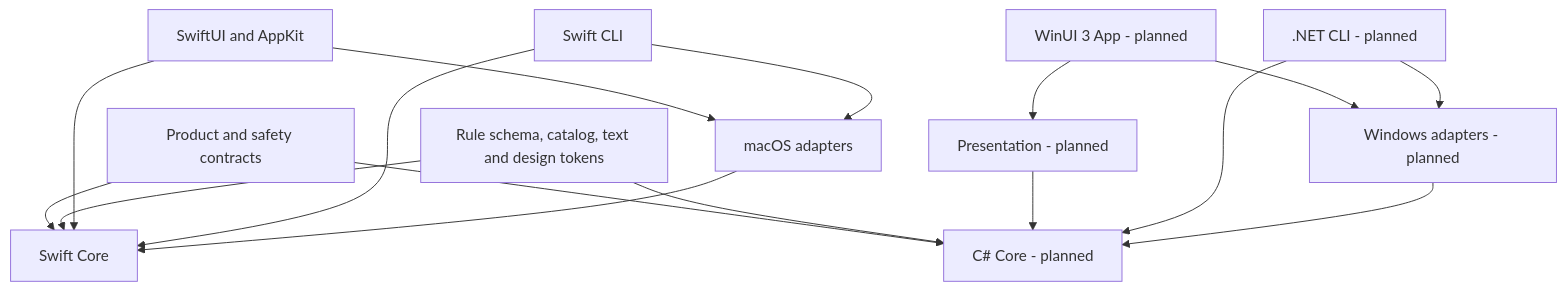
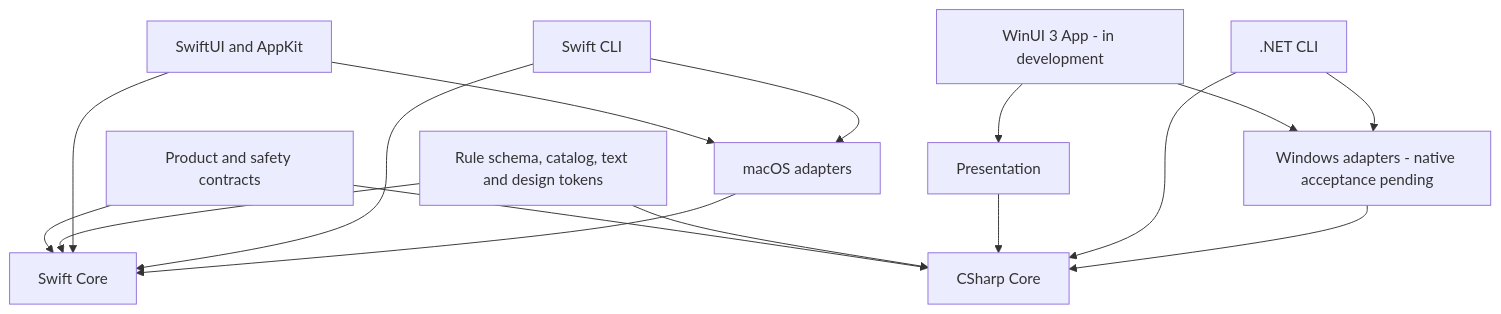
The diagram in docs/architecture/monorepo-and-platforms.md (limecloud/shou), drawn with Mermaid before and after one commit. The commit also changed other lines of this file and 297 other files, not shown here.

Commit message:
Release v0.12.0 native architecture and platform npm distribution

````diff
--- a/docs/architecture/monorepo-and-platforms.md
+++ b/docs/architecture/monorepo-and-platforms.md
@@ -11,18 +11,18 @@
 ```mermaid
 flowchart TB
     Contract[Product and safety contracts] --> MacCore[Swift Core]
-    Contract --> WinCore[C# Core - planned]
+    Contract --> WinCore[CSharp Core]
     Resources[Rule schema, catalog, text and design tokens] --> MacCore
     Resources --> WinCore
     MacUI[SwiftUI and AppKit] --> MacCore
     MacCLI[Swift CLI] --> MacCore
     MacUI --> MacPlatform[macOS adapters]
     MacCLI --> MacPlatform
     MacPlatform --> MacCore
-    WinUI[WinUI 3 App - planned] --> VM[Presentation - planned]
+    WinUI[WinUI 3 App - in development] --> VM[Presentation]
     VM --> WinCore
-    WinCLI[.NET CLI - planned] --> WinCore
-    WinUI --> WinPlatform[Windows adapters - planned]
+    WinCLI[.NET CLI] --> WinCore
+    WinUI --> WinPlatform[Windows adapters - native acceptance pending]
     WinCLI --> WinPlatform
     WinPlatform --> WinCore
 ```
````
